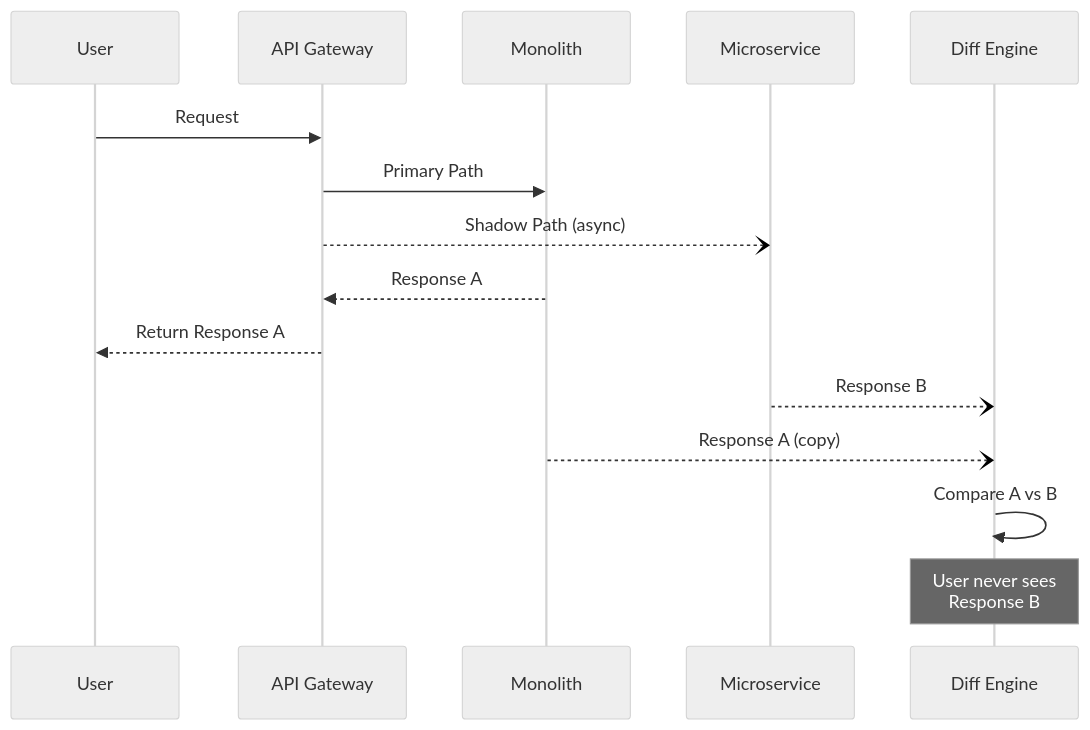
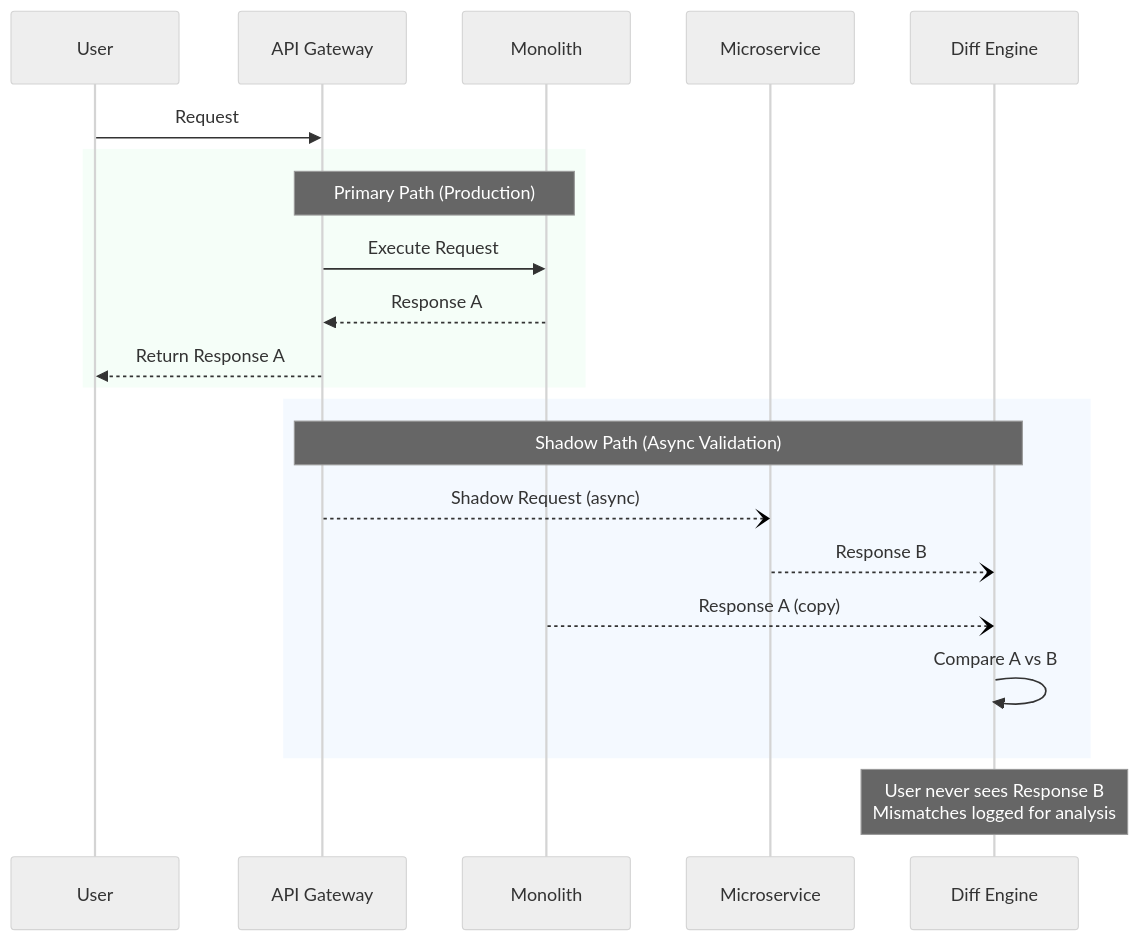
The second of 5 diagrams in gemini-responses/strangler-fig-pattern-20260120-0919.md (udaytamma/Cyrus), drawn with Mermaid (neutral theme) before and after one commit. The commit also changed other lines of this file and 28 other files, not shown here.

First line of the commit message:
Upgrade Knowledge Base Mermaid diagrams to professional styling

````diff
--- a/gemini-responses/strangler-fig-pattern-20260120-0919.md
+++ b/gemini-responses/strangler-fig-pattern-20260120-0919.md
@@ -144,21 +158,27 @@
 ```mermaid
 sequenceDiagram
     participant User
     participant Facade as API Gateway
     participant Legacy as Monolith
     participant New as Microservice
     participant Diff as Diff Engine
 
     User->>Facade: Request
-    Facade->>Legacy: Primary Path
-    Facade--)New: Shadow Path (async)
 
-    Legacy-->>Facade: Response A
-    Facade-->>User: Return Response A
+    rect rgba(220,252,231,0.3)
+        Note over Facade,Legacy: Primary Path (Production)
+        Facade->>Legacy: Execute Request
+        Legacy-->>Facade: Response A
+        Facade-->>User: Return Response A
+    end
 
-    New--)Diff: Response B
-    Legacy--)Diff: Response A (copy)
-    Diff->>Diff: Compare A vs B
+    rect rgba(219,234,254,0.3)
+        Note over Facade,Diff: Shadow Path (Async Validation)
+        Facade--)New: Shadow Request (async)
+        New--)Diff: Response B
+        Legacy--)Diff: Response A (copy)
+        Diff->>Diff: Compare A vs B
+    end
 
-    Note over Diff: User never sees<br/>Response B
+    Note over Diff: User never sees Response B<br/>Mismatches logged for analysis
 ```
````
